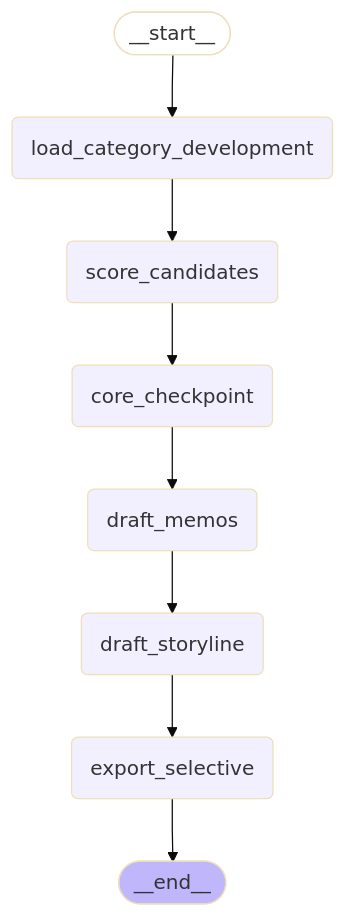
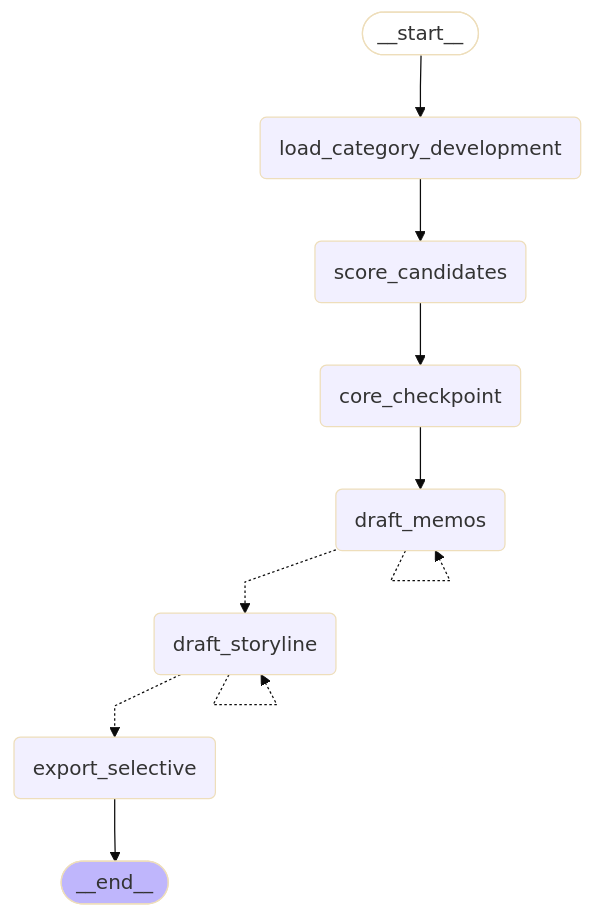
Before and after one commit to davidscassell/automated-grounded-theory: the fourth of 5 diagrams in README.md, drawn with Mermaid (base theme). The commit also changed other lines of this file and 62 other files, not shown here.

````diff
--- a/README.md
+++ b/README.md
@@ -249,26 +254,28 @@
 ```mermaid
 ---
 config:
   flowchart:
     curve: linear
 ---
 graph TD;
 	__start__([<p>__start__</p>]):::first
 	load_category_development(load_category_development)
 	score_candidates(score_candidates)
 	core_checkpoint(core_checkpoint)
 	draft_memos(draft_memos)
 	draft_storyline(draft_storyline)
 	export_selective(export_selective)
 	__end__([<p>__end__</p>]):::last
 	__start__ --> load_category_development;
 	core_checkpoint --> draft_memos;
-	draft_memos --> draft_storyline;
-	draft_storyline --> export_selective;
+	draft_memos -.-> draft_storyline;
+	draft_storyline -.-> export_selective;
 	load_category_development --> score_candidates;
 	score_candidates --> core_checkpoint;
 	export_selective --> __end__;
+	draft_memos -.-> draft_memos;
+	draft_storyline -.-> draft_storyline;
 	classDef default fill:#f2f0ff,line-height:1.2
 	classDef first fill-opacity:0
 	classDef last fill:#bfb6fc
 ```
````
